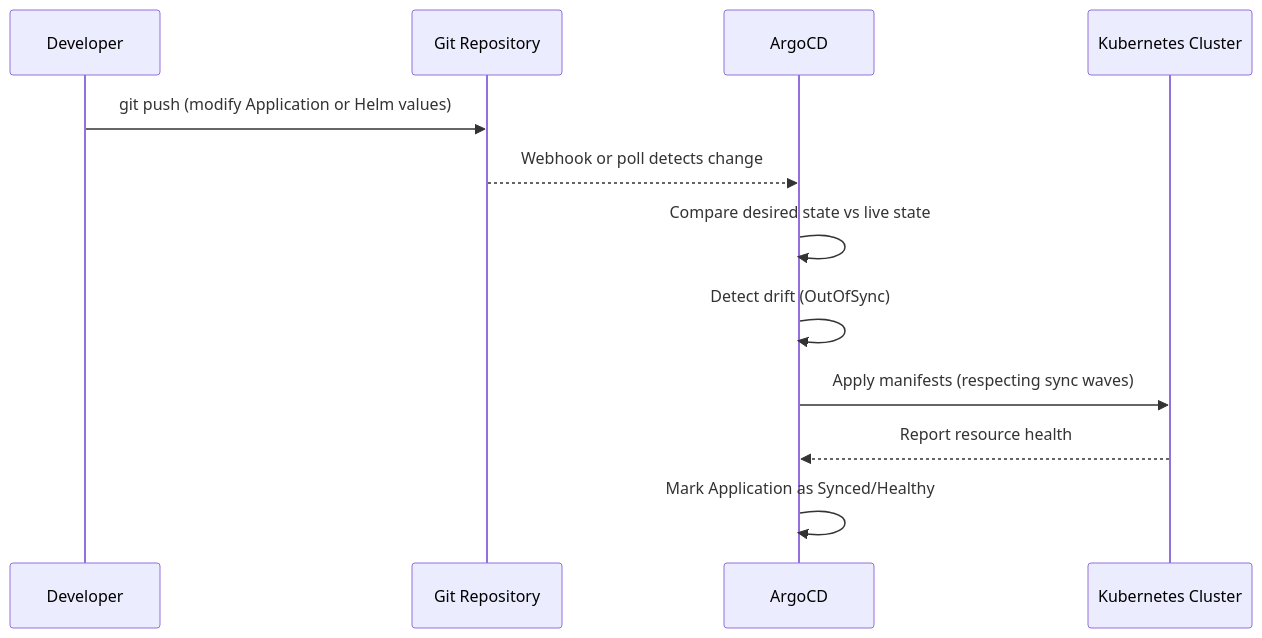
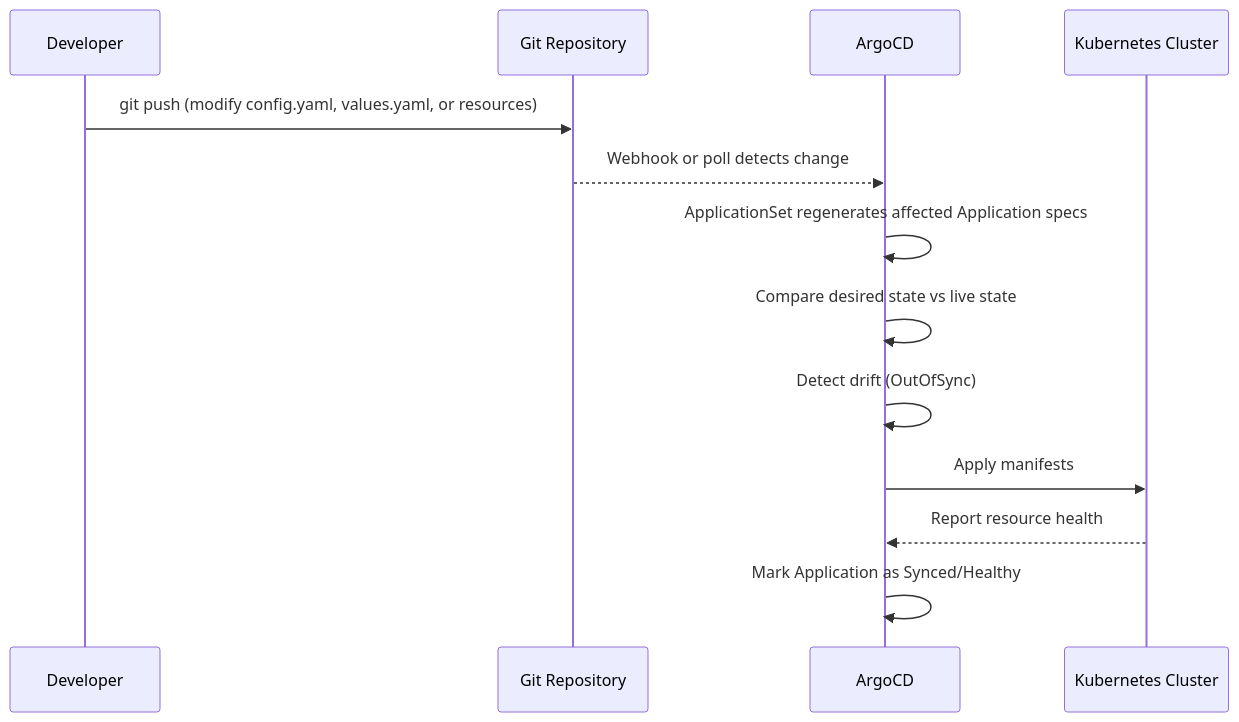
One commit to kyleseneker/homelab changed the second of 2 diagrams in docs/architecture/gitops.md. Above: the diagram before and after it, drawn with Mermaid. The commit also changed other lines of this file and 4 other files, not shown here.

Commit message:
docs: update ADR, gitops architecture, and adding-an-app for ApplicationSet

````diff
--- a/docs/architecture/gitops.md
+++ b/docs/architecture/gitops.md
@@ -85,15 +78,16 @@
 ```mermaid
 sequenceDiagram
     participant dev as Developer
     participant git as Git Repository
     participant argo as ArgoCD
     participant cluster as Kubernetes Cluster
 
-    dev->>git: git push (modify Application or Helm values)
+    dev->>git: git push (modify config.yaml, values.yaml, or resources)
     git-->>argo: Webhook or poll detects change
+    argo->>argo: ApplicationSet regenerates affected Application specs
     argo->>argo: Compare desired state vs live state
     argo->>argo: Detect drift (OutOfSync)
-    argo->>cluster: Apply manifests (respecting sync waves)
+    argo->>cluster: Apply manifests
     cluster-->>argo: Report resource health
     argo->>argo: Mark Application as Synced/Healthy
 ```
````
